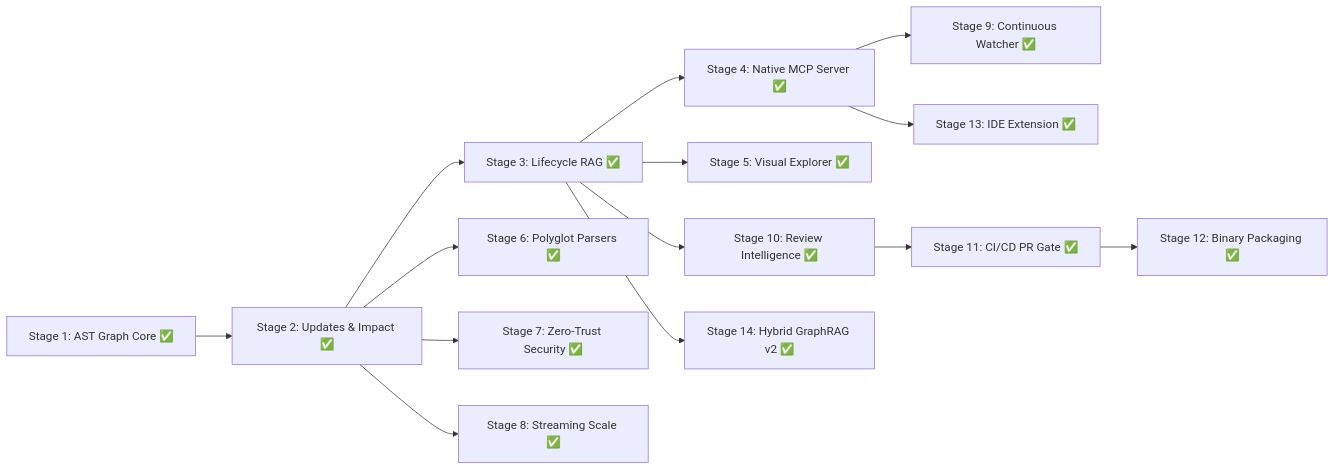
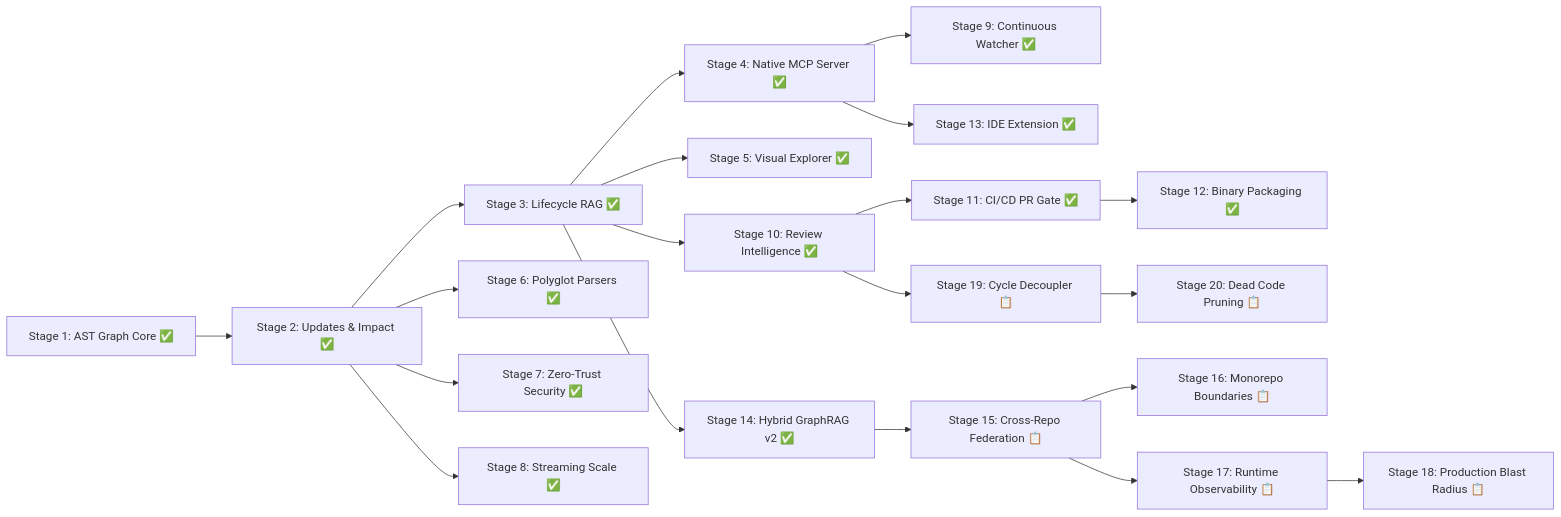
The diagram in docs/Master-Plan.md (sky2464/Agtoosa2), drawn with Mermaid before and after one commit. The commit also changed other lines of this file and 14 other files, not shown here.

Commit message:
feat: introduce cross-repository graph federation with support for registering, syncing, and querying multi-repo blast radius impact.

````diff
--- a/docs/Master-Plan.md
+++ b/docs/Master-Plan.md
@@ -48,16 +48,22 @@
 ```mermaid
 flowchart LR
     S1[Stage 1: AST Graph Core ✅] --> S2[Stage 2: Updates & Impact ✅]
     S2 --> S3[Stage 3: Lifecycle RAG ✅]
     S3 --> S4[Stage 4: Native MCP Server ✅]
     S3 --> S5[Stage 5: Visual Explorer ✅]
     S2 --> S6[Stage 6: Polyglot Parsers ✅]
     S2 --> S7[Stage 7: Zero-Trust Security ✅]
     S2 --> S8[Stage 8: Streaming Scale ✅]
     S4 --> S9[Stage 9: Continuous Watcher ✅]
     S3 --> S10[Stage 10: Review Intelligence ✅]
     S10 --> S11[Stage 11: CI/CD PR Gate ✅]
     S11 --> S12[Stage 12: Binary Packaging ✅]
     S4 --> S13[Stage 13: IDE Extension ✅]
     S3 --> S14[Stage 14: Hybrid GraphRAG v2 ✅]
+    S14 --> S15[Stage 15: Cross-Repo Federation 📋]
+    S15 --> S16[Stage 16: Monorepo Boundaries 📋]
+    S15 --> S17[Stage 17: Runtime Observability 📋]
+    S17 --> S18[Stage 18: Production Blast Radius 📋]
+    S10 --> S19[Stage 19: Cycle Decoupler 📋]
+    S19 --> S20[Stage 20: Dead Code Pruning 📋]
 ```
````
